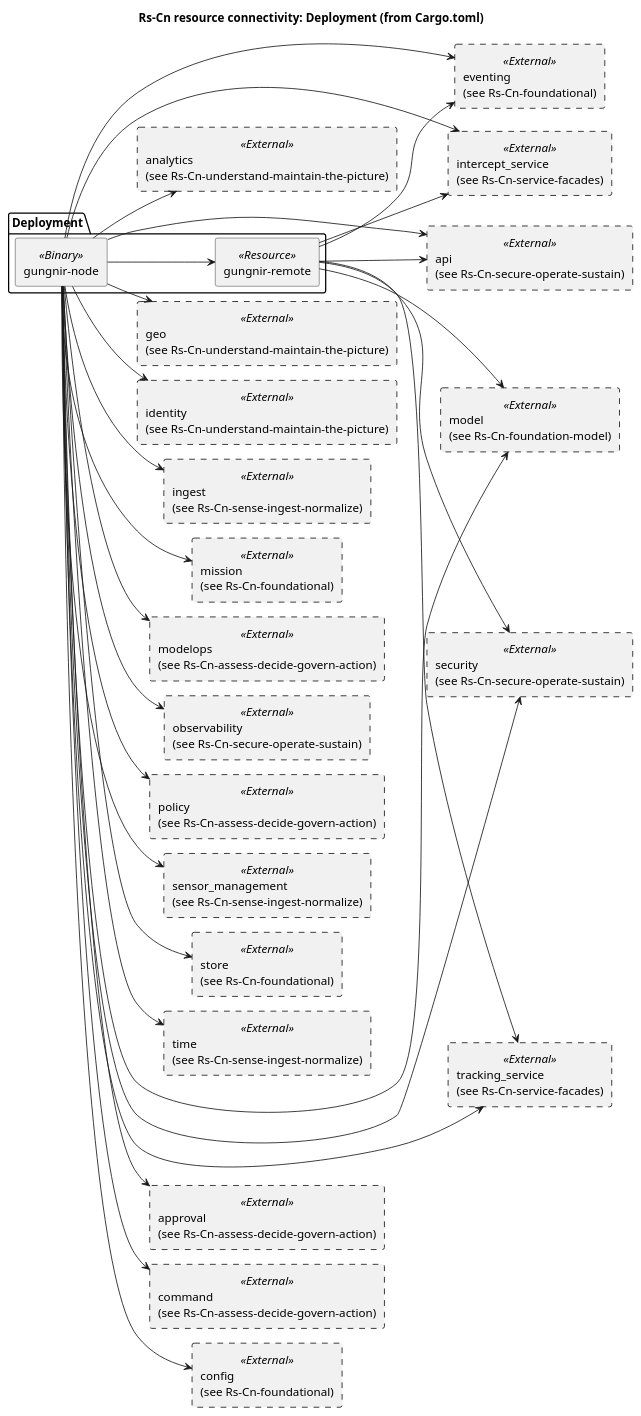
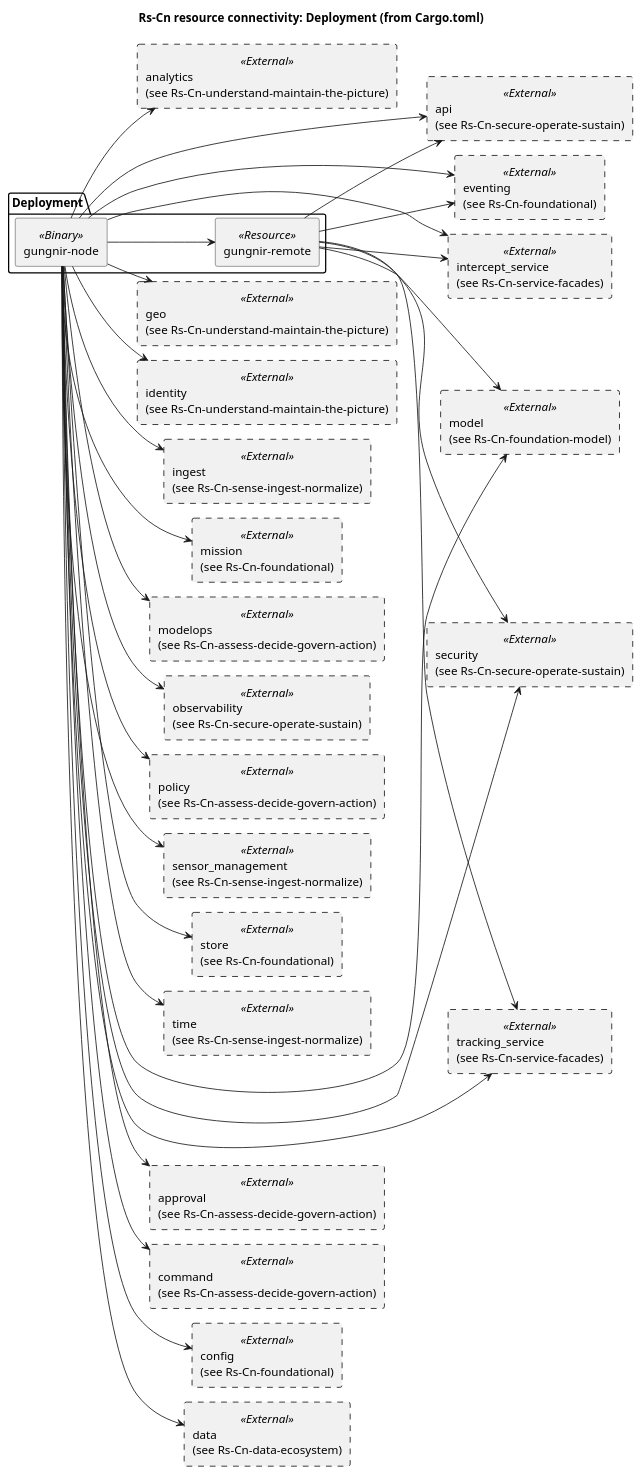
The diagram in docs/architecture/uaf/resources/Rs-Cn-deployment.puml (WayneRoessling/gungnir), drawn with PlantUML before and after one commit. The commit also changed 23 other files, not shown here.

```diff
--- a/docs/architecture/uaf/resources/Rs-Cn-deployment.puml
+++ b/docs/architecture/uaf/resources/Rs-Cn-deployment.puml
@@ -1,58 +1,60 @@
 @startuml Rs-Cn-deployment
 title Rs-Cn resource connectivity: Deployment (from Cargo.toml)
 !pragma layout smetana
 skinparam componentStyle rectangle
 skinparam linetype ortho
 left to right direction
 package "Deployment" {
   component "gungnir-node" as RS_node <<Binary>>
   component "gungnir-remote" as RS_remote <<Resource>>
 }
 component "analytics\n(see Rs-Cn-understand-maintain-the-picture)" as RS_analytics <<External>> #line.dashed
 component "api\n(see Rs-Cn-secure-operate-sustain)" as RS_api <<External>> #line.dashed
 component "approval\n(see Rs-Cn-assess-decide-govern-action)" as RS_approval <<External>> #line.dashed
 component "command\n(see Rs-Cn-assess-decide-govern-action)" as RS_command <<External>> #line.dashed
 component "config\n(see Rs-Cn-foundational)" as RS_config <<External>> #line.dashed
+component "data\n(see Rs-Cn-data-ecosystem)" as RS_data <<External>> #line.dashed
 component "eventing\n(see Rs-Cn-foundational)" as RS_eventing <<External>> #line.dashed
 component "geo\n(see Rs-Cn-understand-maintain-the-picture)" as RS_geo <<External>> #line.dashed
 component "identity\n(see Rs-Cn-understand-maintain-the-picture)" as RS_identity <<External>> #line.dashed
 component "ingest\n(see Rs-Cn-sense-ingest-normalize)" as RS_ingest <<External>> #line.dashed
 component "intercept_service\n(see Rs-Cn-service-facades)" as RS_intercept_service <<External>> #line.dashed
 component "mission\n(see Rs-Cn-foundational)" as RS_mission <<External>> #line.dashed
 component "model\n(see Rs-Cn-foundation-model)" as RS_model <<External>> #line.dashed
 component "modelops\n(see Rs-Cn-assess-decide-govern-action)" as RS_modelops <<External>> #line.dashed
 component "observability\n(see Rs-Cn-secure-operate-sustain)" as RS_observability <<External>> #line.dashed
 component "policy\n(see Rs-Cn-assess-decide-govern-action)" as RS_policy <<External>> #line.dashed
 component "security\n(see Rs-Cn-secure-operate-sustain)" as RS_security <<External>> #line.dashed
 component "sensor_management\n(see Rs-Cn-sense-ingest-normalize)" as RS_sensor_management <<External>> #line.dashed
 component "store\n(see Rs-Cn-foundational)" as RS_store <<External>> #line.dashed
 component "time\n(see Rs-Cn-sense-ingest-normalize)" as RS_time <<External>> #line.dashed
 component "tracking_service\n(see Rs-Cn-service-facades)" as RS_tracking_service <<External>> #line.dashed
 RS_node --> RS_model
 RS_node --> RS_config
 RS_node --> RS_mission
 RS_node --> RS_eventing
 RS_node --> RS_store
 RS_node --> RS_time
 RS_node --> RS_ingest
 RS_node --> RS_sensor_management
 RS_node --> RS_tracking_service
 RS_node --> RS_intercept_service
 RS_node --> RS_api
 RS_node --> RS_remote
 RS_node --> RS_security
 RS_node --> RS_modelops
 RS_node --> RS_identity
 RS_node --> RS_policy
 RS_node --> RS_geo
 RS_node --> RS_approval
 RS_node --> RS_command
 RS_node --> RS_analytics
 RS_node --> RS_observability
+RS_node --> RS_data
 RS_remote --> RS_security
 RS_remote --> RS_model
 RS_remote --> RS_eventing
 RS_remote --> RS_api
 RS_remote --> RS_tracking_service
 RS_remote --> RS_intercept_service
 @enduml
```
